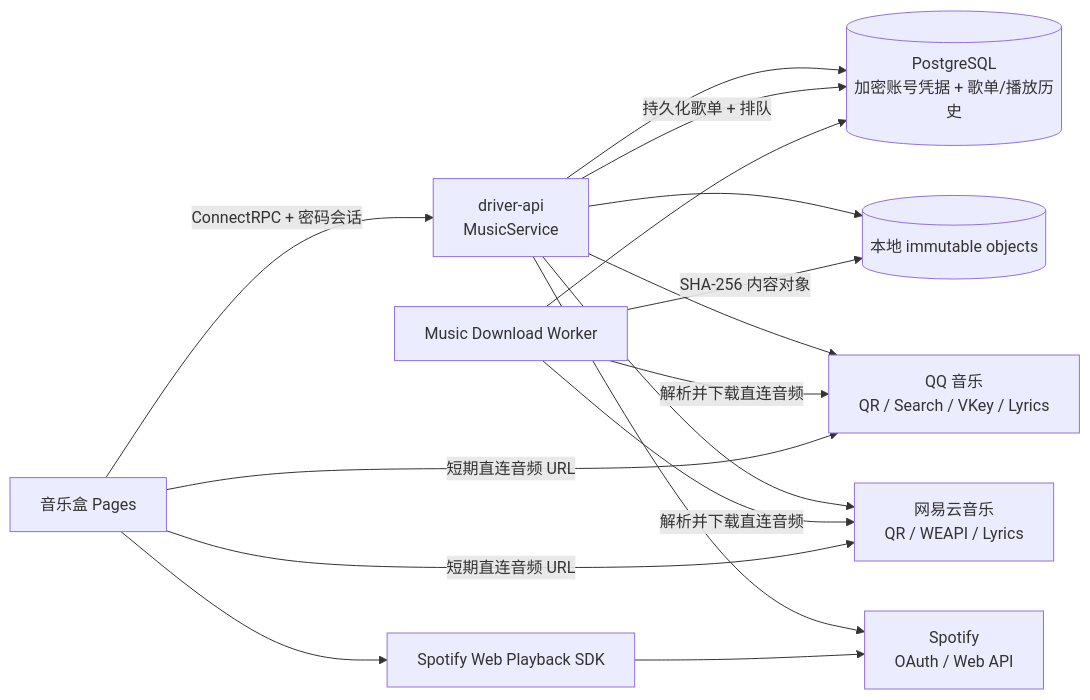
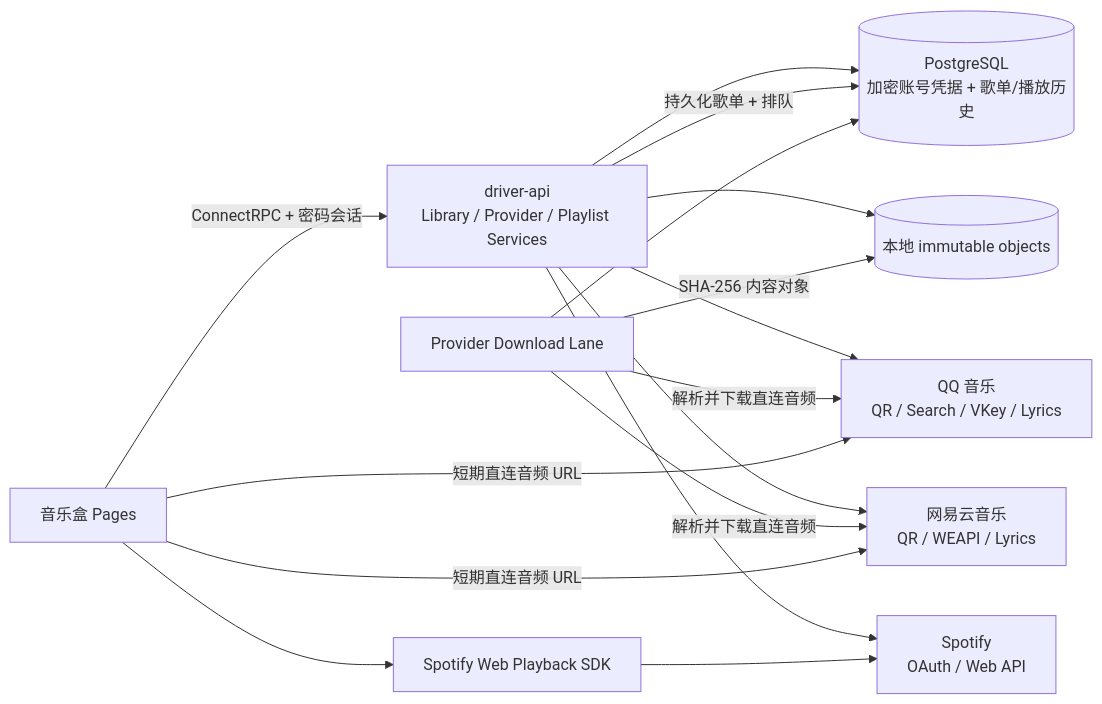
One commit to pood1e/realtime-me changed the third of 4 diagrams in imports/cloud-driver/README.md. Above: the diagram before and after it, drawn with Mermaid. The commit also changed other lines of this file and 14 other files, not shown here.

````diff
--- a/imports/cloud-driver/README.md
+++ b/imports/cloud-driver/README.md
@@ -91,27 +95,27 @@
 ```mermaid
 flowchart LR
   Browser["音乐盒 Pages"]
-  API["driver-api\nMusicService"]
-  Worker["Music Download Worker"]
+  API["driver-api\nLibrary / Provider / Playlist Services"]
+  Worker["Provider Download Lane"]
   DB[("PostgreSQL\n加密账号凭据 + 歌单/播放历史")]
   Local[("本地 immutable objects")]
   QQ["QQ 音乐\nQR / Search / VKey / Lyrics"]
   NetEase["网易云音乐\nQR / WEAPI / Lyrics"]
   Spotify["Spotify\nOAuth / Web API"]
   SDK["Spotify Web Playback SDK"]
 
   Browser -->|"ConnectRPC + 密码会话"| API
   API --> DB
   API --> Local
   API --> QQ
   API --> NetEase
   API --> Spotify
   API -->|"持久化歌单 + 排队"| DB
   Worker --> DB
   Worker -->|"解析并下载直连音频"| QQ
   Worker -->|"解析并下载直连音频"| NetEase
   Worker -->|"SHA-256 内容对象"| Local
   Browser -->|"短期直连音频 URL"| QQ
   Browser -->|"短期直连音频 URL"| NetEase
   Browser --> SDK --> Spotify
 ```
````
